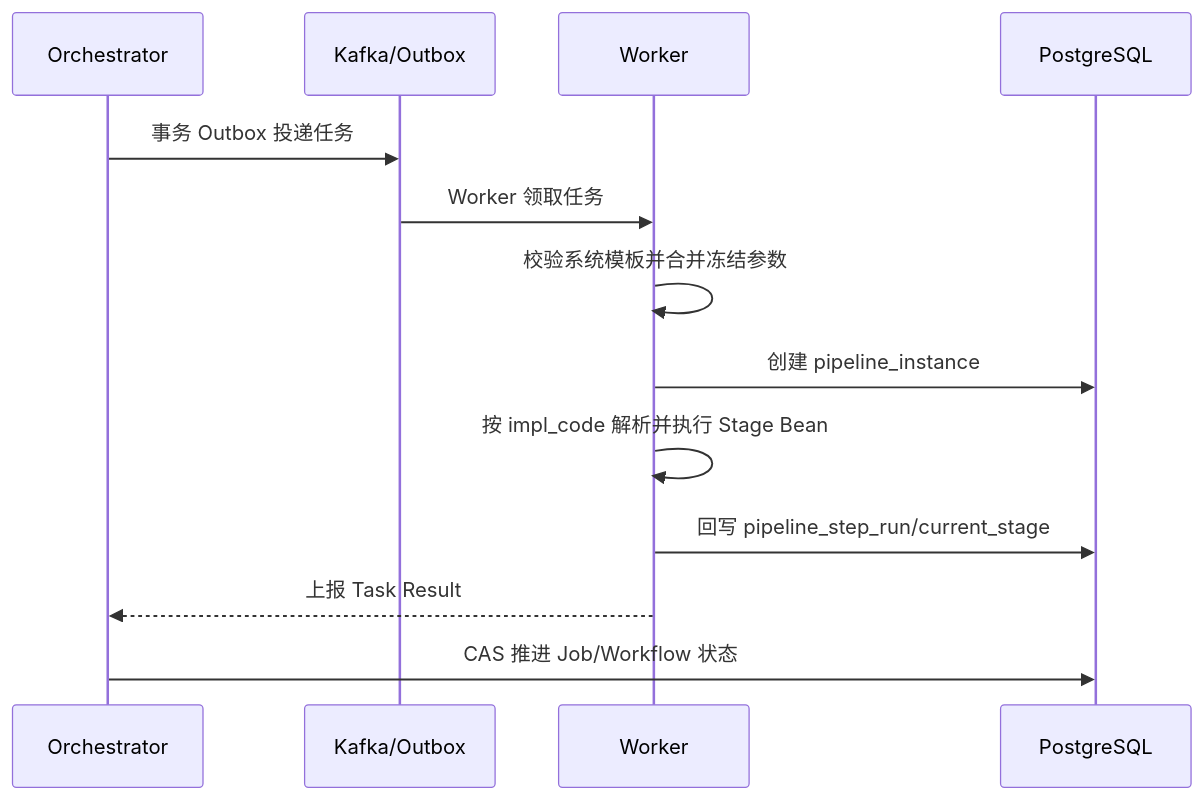
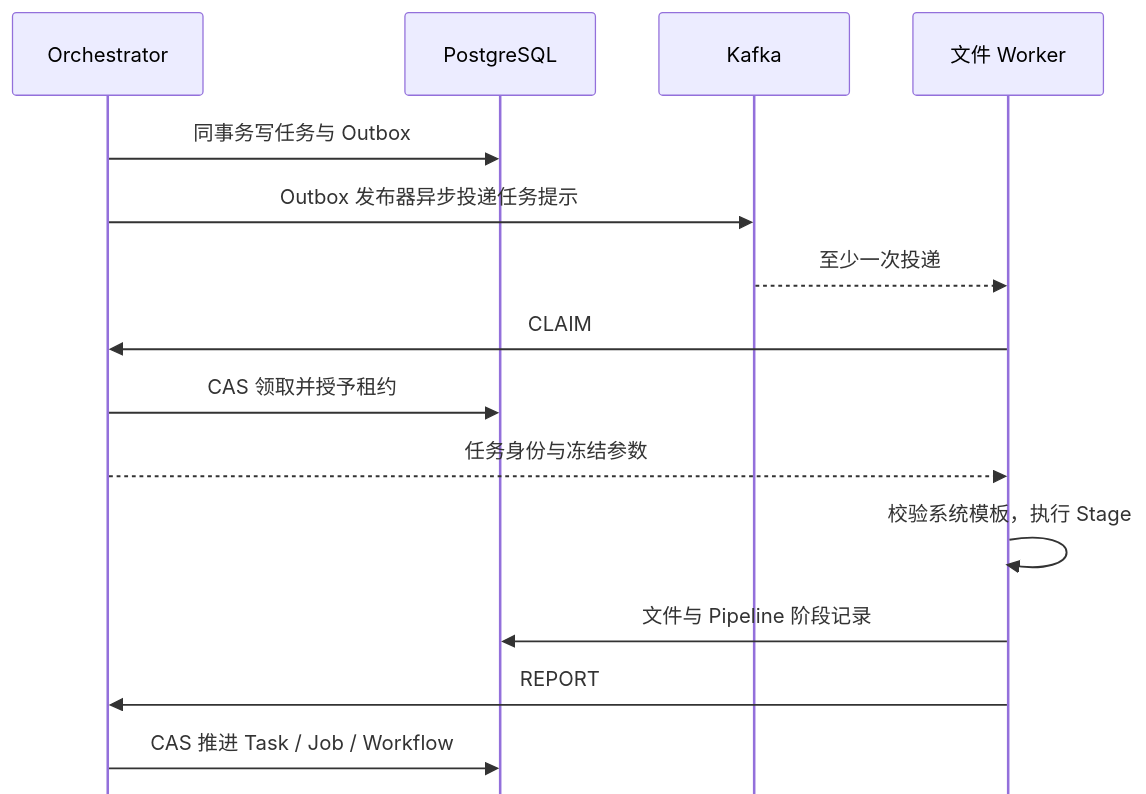
The sixth of 8 diagrams in docs/design/file-pipeline-design.md (pinpols/file-batch-system), drawn with Mermaid before and after one commit. The commit also changed other lines of this file and 2792 other files, not shown here.

````diff
--- a/docs/design/file-pipeline-design.md
+++ b/docs/design/file-pipeline-design.md
@@ -877,16 +895,18 @@
 ```mermaid
+%%{init: {"flowchart":{"curve":"linear","nodeSpacing":32,"rankSpacing":48},"sequence":{"mirrorActors":false}}}%%
 sequenceDiagram
-    participant O as Orchestrator
-    participant K as Kafka/Outbox
-    participant W as Worker
-    participant DB as PostgreSQL
-
-    O->>K: 事务 Outbox 投递任务
-    K->>W: Worker 领取任务
-    W->>W: 校验系统模板并合并冻结参数
-    W->>DB: 创建 pipeline_instance
-    W->>W: 按 impl_code 解析并执行 Stage Bean
-    W->>DB: 回写 pipeline_step_run/current_stage
-    W-->>O: 上报 Task Result
-    O->>DB: CAS 推进 Job/Workflow 状态
+  participant O as Orchestrator
+  participant DB as PostgreSQL
+  participant K as Kafka
+  participant W as 文件 Worker
+  O->>DB: 同事务写任务与 Outbox
+  O->>K: Outbox 发布器异步投递任务提示
+  K-->>W: 至少一次投递
+  W->>O: CLAIM
+  O->>DB: CAS 领取并授予租约
+  O-->>W: 任务身份与冻结参数
+  W->>W: 校验系统模板，执行 Stage
+  W->>DB: 文件与 Pipeline 阶段记录
+  W->>O: REPORT
+  O->>DB: CAS 推进 Task / Job / Workflow
 ```
````
